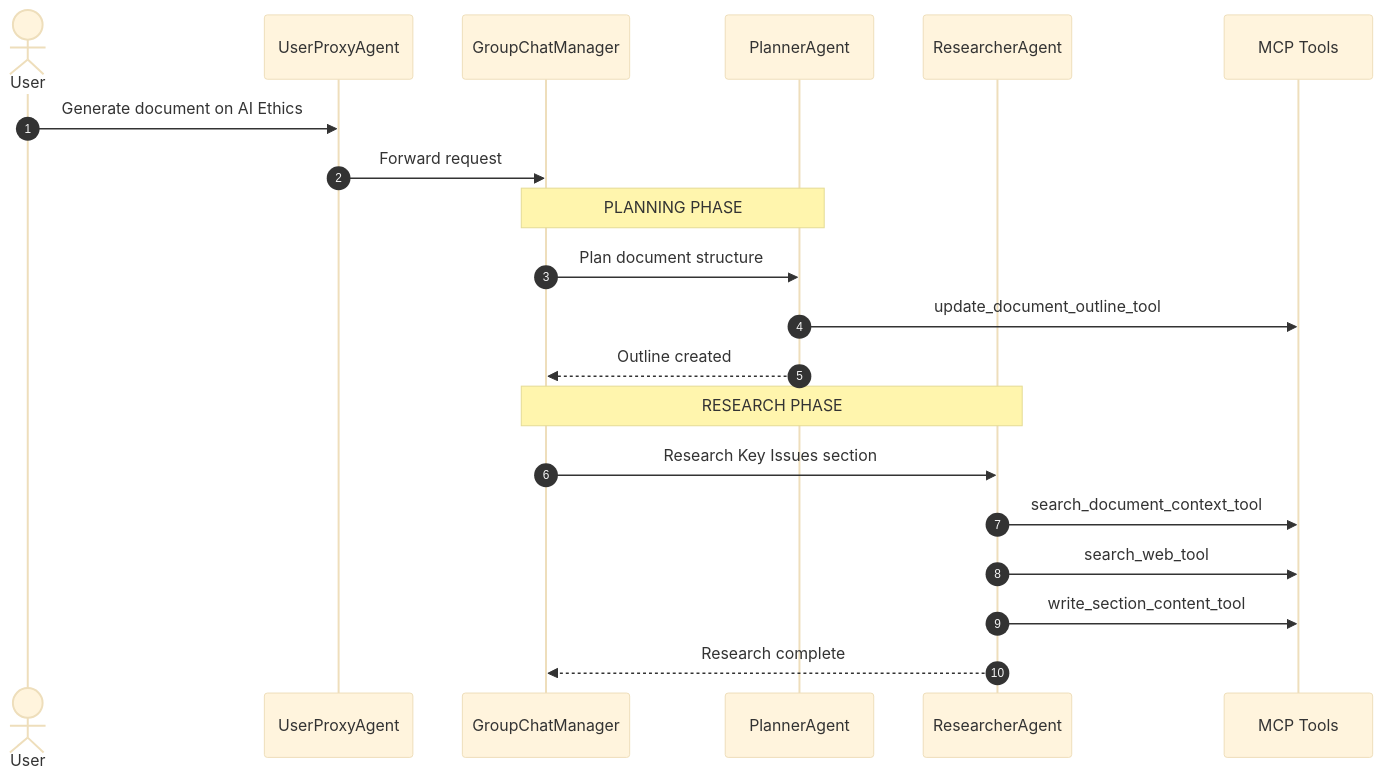
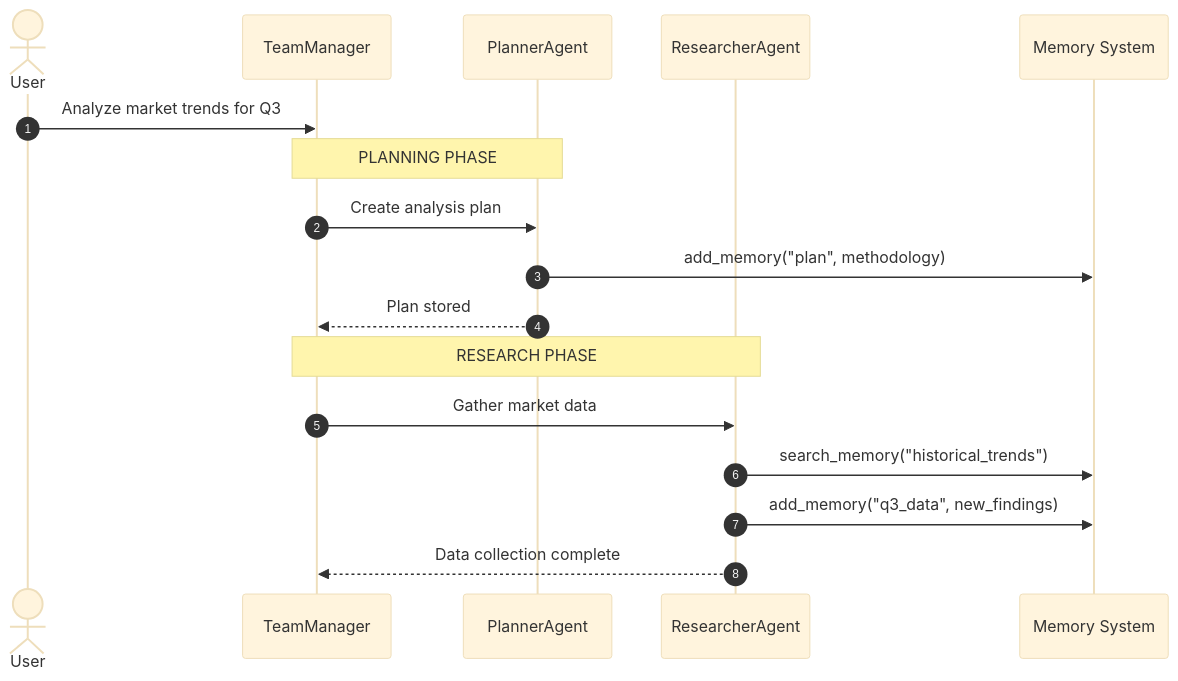
Before and after one commit to dustland/roboco: the second of 3 diagrams in docs/system-architecture.md, drawn with Mermaid (base theme). The commit also changed other lines of this file and 172 other files, not shown here.

````diff
--- a/docs/system-architecture.md
+++ b/docs/system-architecture.md
@@ -227,25 +465,22 @@
 ```mermaid
 sequenceDiagram
     autonumber
     actor User
-    participant UPA as UserProxyAgent
-    participant OA as GroupChatManager
+    participant TM as TeamManager
     participant PA as PlannerAgent
     participant ResA as ResearcherAgent
-    participant Tools as MCP Tools
+    participant MemSys as Memory System
 
-    User->>UPA: Generate document on AI Ethics
-    UPA->>OA: Forward request
+    User->>TM: Analyze market trends for Q3
 
-    Note over OA,PA: PLANNING PHASE
-    OA->>PA: Plan document structure
-    PA->>Tools: update_document_outline_tool
-    PA-->>OA: Outline created
+    Note over TM,PA: PLANNING PHASE
+    TM->>PA: Create analysis plan
+    PA->>MemSys: add_memory("plan", methodology)
+    PA-->>TM: Plan stored
 
-    Note over OA,ResA: RESEARCH PHASE
-    OA->>ResA: Research Key Issues section
-    ResA->>Tools: search_document_context_tool
-    ResA->>Tools: search_web_tool
-    ResA->>Tools: write_section_content_tool
-    ResA-->>OA: Research complete
+    Note over TM,ResA: RESEARCH PHASE
+    TM->>ResA: Gather market data
+    ResA->>MemSys: search_memory("historical_trends")
+    ResA->>MemSys: add_memory("q3_data", new_findings)
+    ResA-->>TM: Data collection complete
 ```
````
